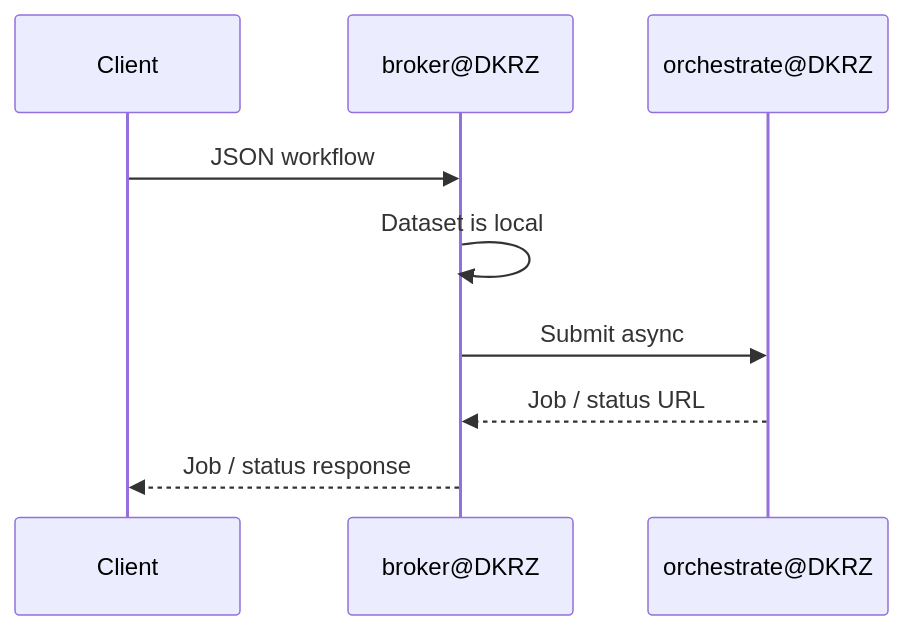
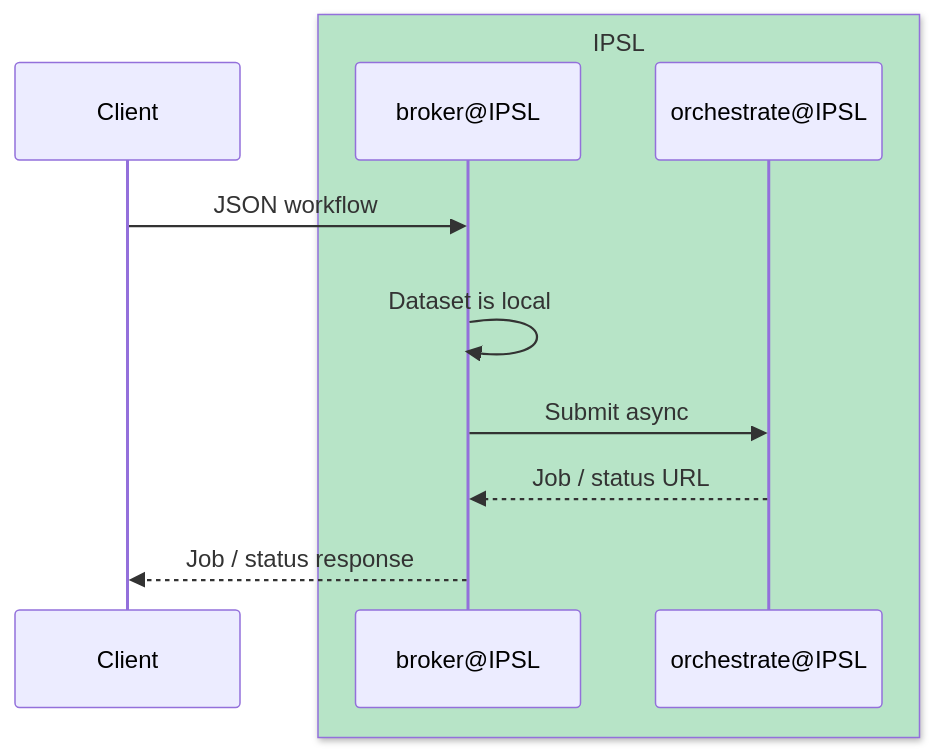
Diagram 14 of 22 in ARCH_ESGF2.md (roocs/rook), drawn with Mermaid before and after one commit. The commit also changed other lines of this file, not shown here.

````diff
--- a/ARCH_ESGF2.md
+++ b/ARCH_ESGF2.md
@@ -465,12 +510,19 @@
 ```mermaid
 sequenceDiagram
     participant C as Client
-    participant B as broker@DKRZ
-    participant O as orchestrate@DKRZ
+
+    box rgb(183, 228, 199) IPSL
+        participant B as broker@IPSL
+        participant O as orchestrate@IPSL
+    end
 
     C->>B: JSON workflow
-    B->>B: Dataset is local
-    B->>O: Submit async
-    O-->>B: Job / status URL
+
+    rect rgb(183, 228, 199)
+        B->>B: Dataset is local
+        B->>O: Submit async
+        O-->>B: Job / status URL
+    end
+
     B-->>C: Job / status response
 ```
````
